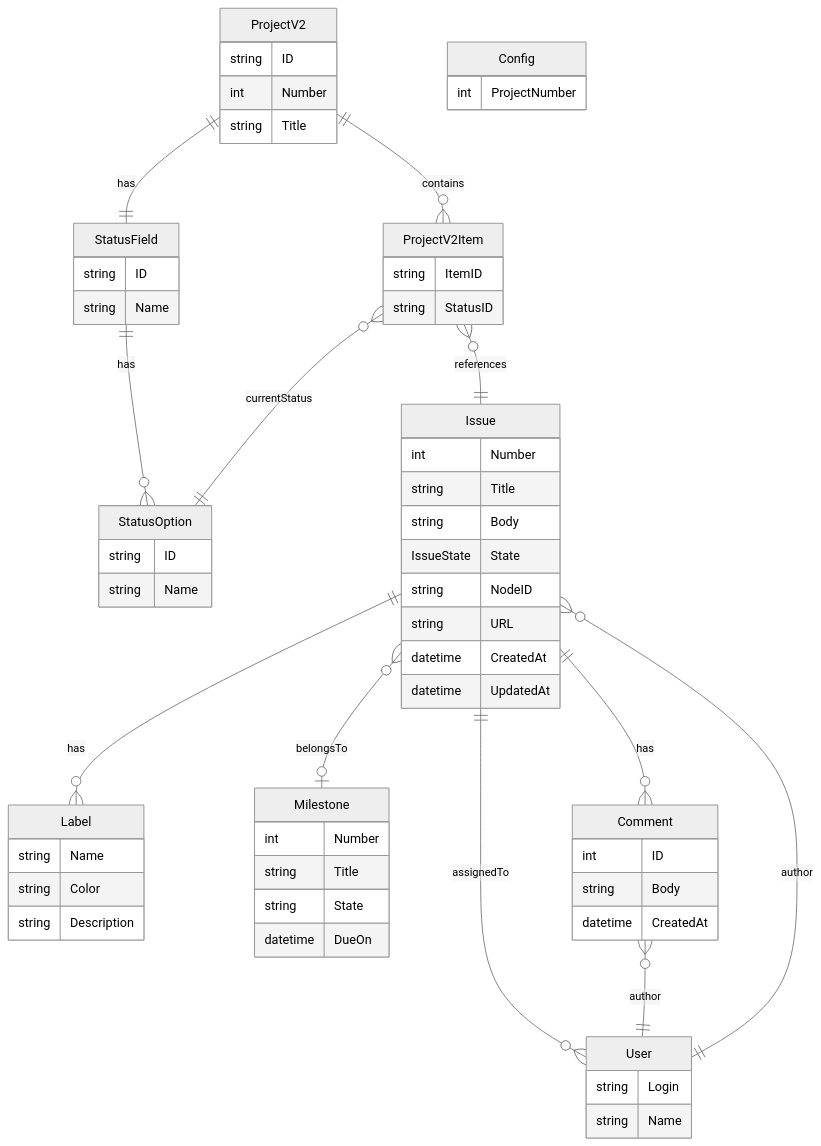
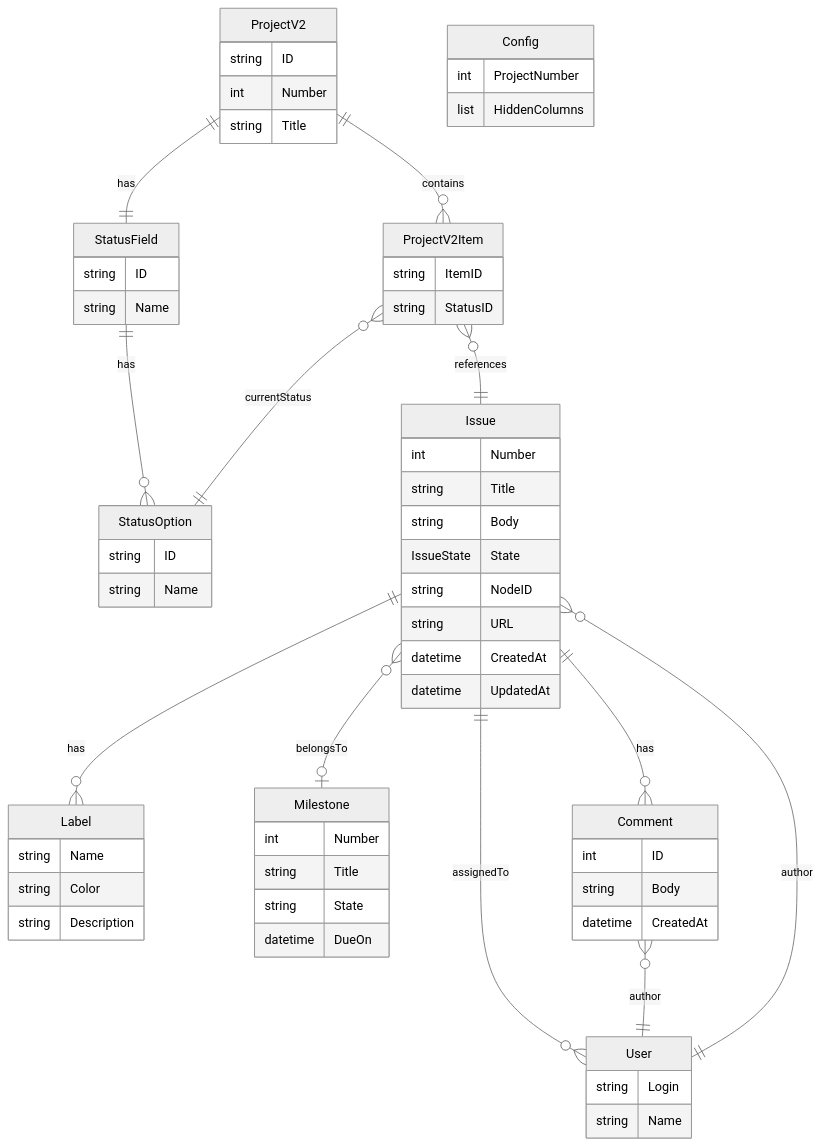
One commit to masamichhhhi/gh-tuissue changed the seventh of 7 diagrams in .kiro/specs/gh-issue-kanban-tui/design.md. Above: the diagram before and after it, drawn with Mermaid (neutral theme). The commit also changed other lines of this file and 9 other files, not shown here.

````diff
--- a/.kiro/specs/gh-issue-kanban-tui/design.md
+++ b/.kiro/specs/gh-issue-kanban-tui/design.md
@@ -947,65 +1017,66 @@
 ```mermaid
 erDiagram
     ProjectV2 {
         string ID
         int Number
         string Title
     }
     StatusField {
         string ID
         string Name
     }
     StatusOption {
         string ID
         string Name
     }
     ProjectV2Item {
         string ItemID
         string StatusID
     }
     Issue {
         int Number
         string Title
         string Body
         IssueState State
         string NodeID
         string URL
         datetime CreatedAt
         datetime UpdatedAt
     }
     Label {
         string Name
         string Color
         string Description
     }
     User {
         string Login
         string Name
     }
     Milestone {
         int Number
         string Title
         string State
         datetime DueOn
     }
     Comment {
         int ID
         string Body
         datetime CreatedAt
     }
     Config {
         int ProjectNumber
+        list HiddenColumns
     }
 
     ProjectV2 ||--|| StatusField : has
     StatusField ||--o{ StatusOption : has
     ProjectV2 ||--o{ ProjectV2Item : contains
     ProjectV2Item }o--|| Issue : references
     ProjectV2Item }o--|| StatusOption : currentStatus
     Issue ||--o{ Label : has
     Issue ||--o{ User : assignedTo
     Issue }o--o| Milestone : belongsTo
     Issue ||--o{ Comment : has
     Comment }o--|| User : author
     Issue }o--|| User : author
 ```
````
